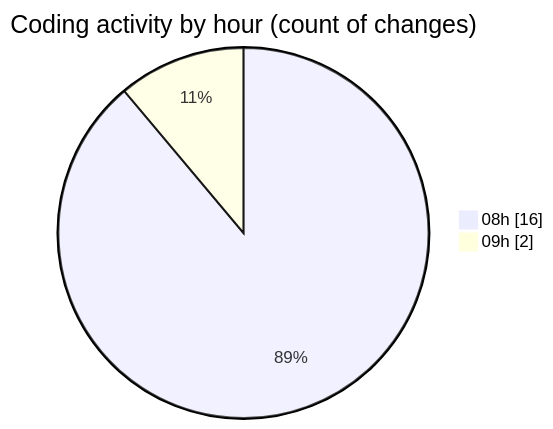
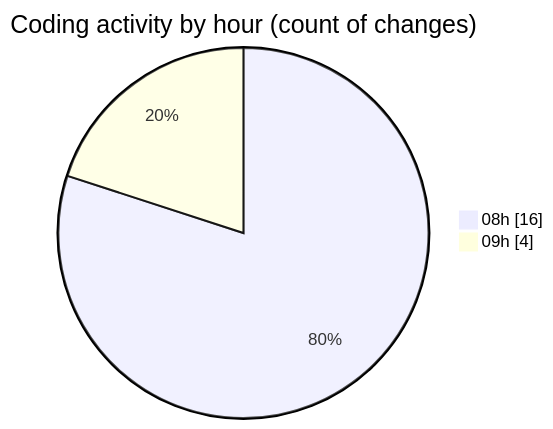
The second of 2 diagrams in 2025-03-12/cda/README.md (momahboobian/code-tracking), drawn with Mermaid before and after one commit. The commit also changed other lines of this file and 1 other file, not shown here.

````diff
--- a/2025-03-12/cda/README.md
+++ b/2025-03-12/cda/README.md
@@ -32,6 +32,6 @@
 ```mermaid
 pie showData
 title Coding activity by hour (count of changes)
 "08h" : 16
-"09h" : 2
+"09h" : 4
 ```
````
